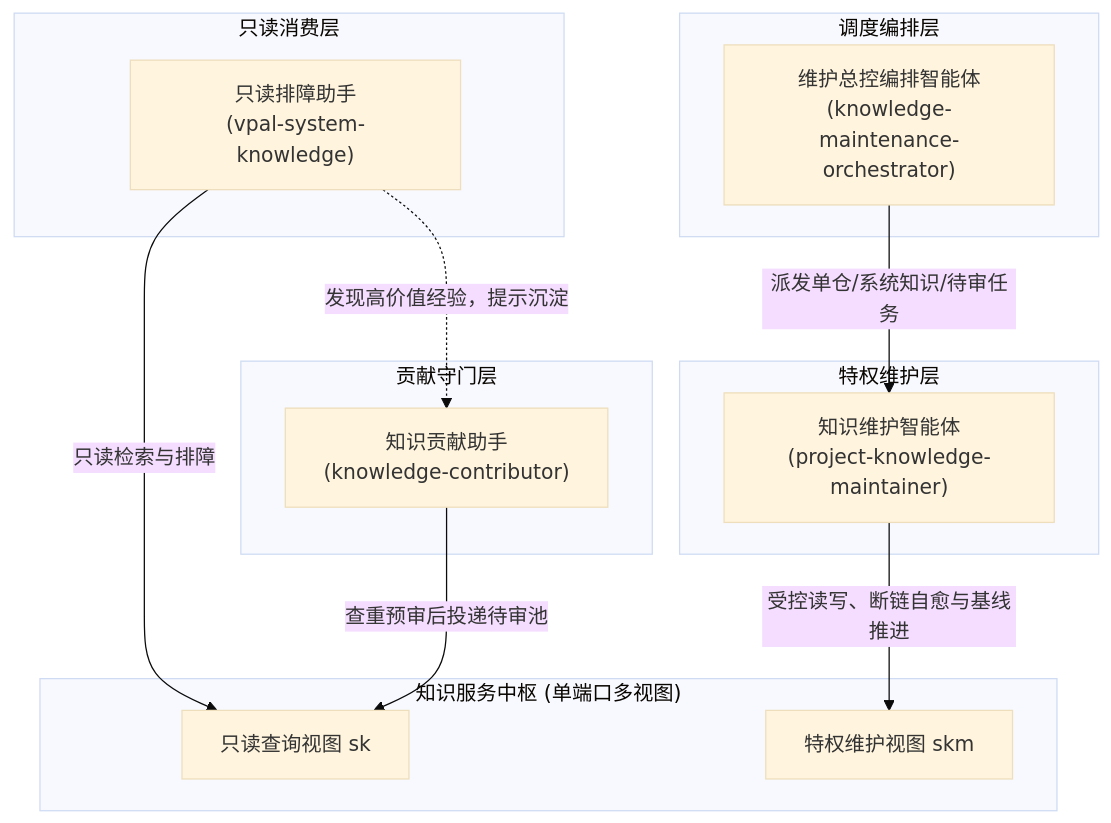
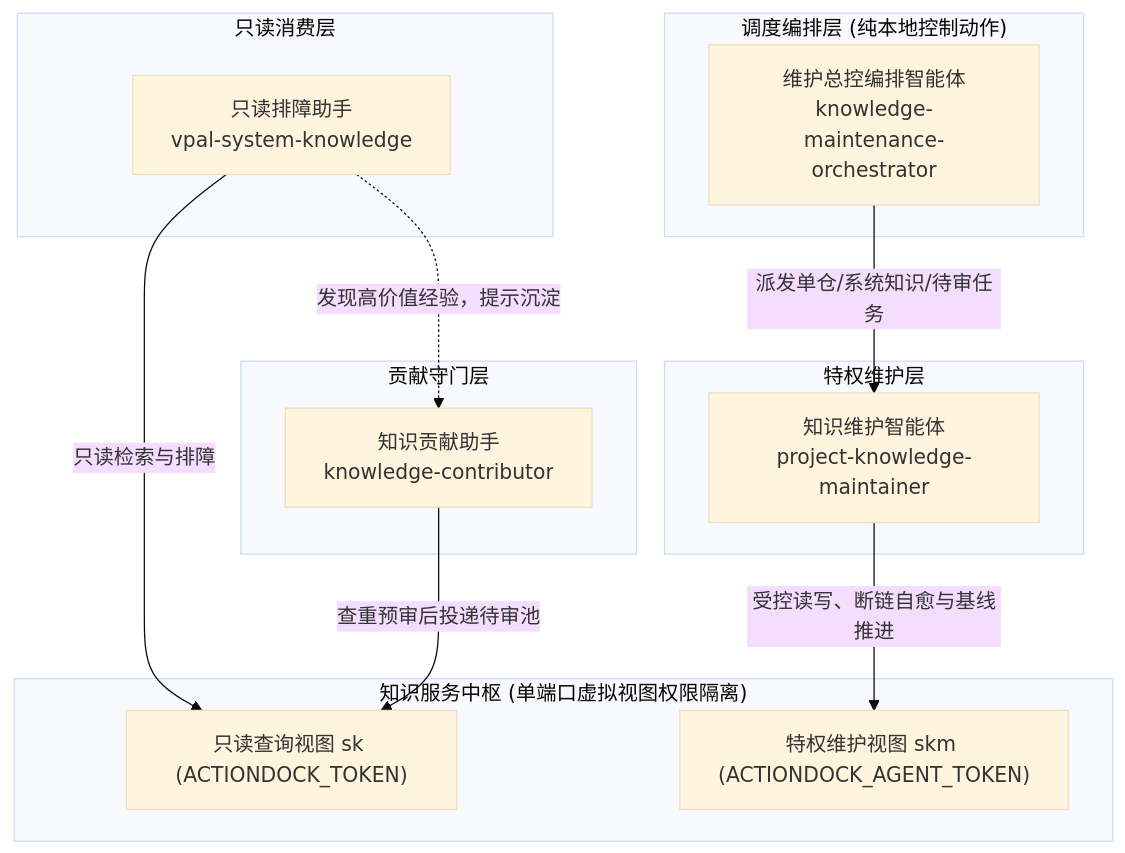
Before and after one commit to fjay/knowledge-dock: the first of 2 diagrams in docs/agent-design.md, drawn with Mermaid (base theme). The commit also changed other lines of this file and 9 other files, not shown here.

Commit message:
docs: rewrite all documentation with concise table-driven invariant architecture style

````diff
--- a/docs/agent-design.md
+++ b/docs/agent-design.md
@@ -9,29 +23,29 @@
 ```mermaid
 flowchart TD
     subgraph Consume ["只读消费层"]
-        Reader["只读排障助手<br/>(vpal-system-knowledge)"]
+        Reader["只读排障助手<br/>vpal-system-knowledge"]
     end
 
     subgraph Contribute ["贡献守门层"]
-        Contributor["知识贡献助手<br/>(knowledge-contributor)"]
+        Contributor["知识贡献助手<br/>knowledge-contributor"]
     end
 
     subgraph Maintain ["特权维护层"]
-        Maintainer["知识维护智能体<br/>(project-knowledge-maintainer)"]
+        Maintainer["知识维护智能体<br/>project-knowledge-maintainer"]
     end
 
-    subgraph Orchestrate ["调度编排层"]
-        Orchestrator["维护总控编排智能体<br/>(knowledge-maintenance-orchestrator)"]
+    subgraph Orchestrate ["调度编排层 (纯本地控制动作)"]
+        Orchestrator["维护总控编排智能体<br/>knowledge-maintenance-orchestrator"]
     end
 
-    subgraph DockServer ["知识服务中枢 (单端口多视图)"]
-        ReadView["只读查询视图 sk"]
-        PrivView["特权维护视图 skm"]
+    subgraph DockServer ["知识服务中枢 (单端口虚拟视图权限隔离)"]
+        ReadView["只读查询视图 sk (ACTIONDOCK_TOKEN)"]
+        PrivView["特权维护视图 skm (ACTIONDOCK_AGENT_TOKEN)"]
     end
 
     Reader -->|"只读检索与排障"| ReadView
     Reader -.->|"发现高价值经验，提示沉淀"| Contributor
     Contributor -->|"查重预审后投递待审池"| ReadView
     Orchestrator -->|"派发单仓/系统知识/待审任务"| Maintainer
     Maintainer -->|"受控读写、断链自愈与基线推进"| PrivView
 ```
````
